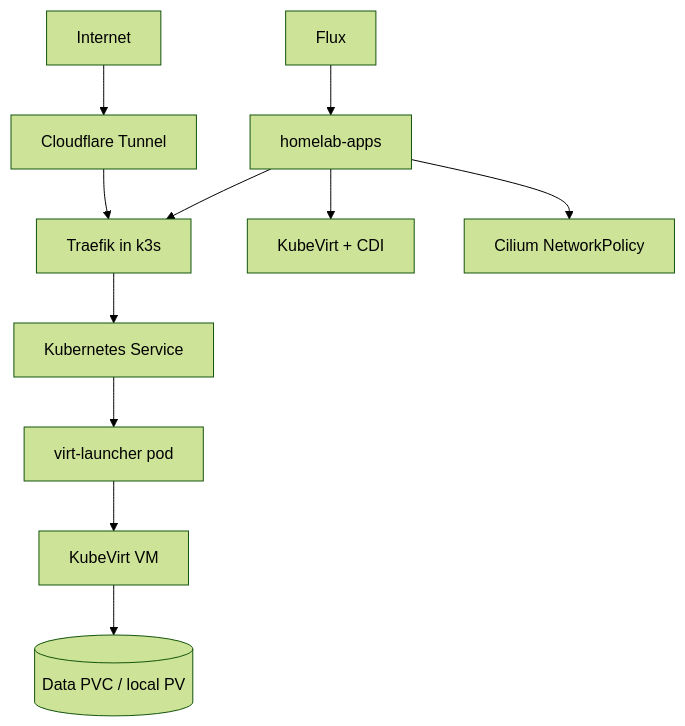
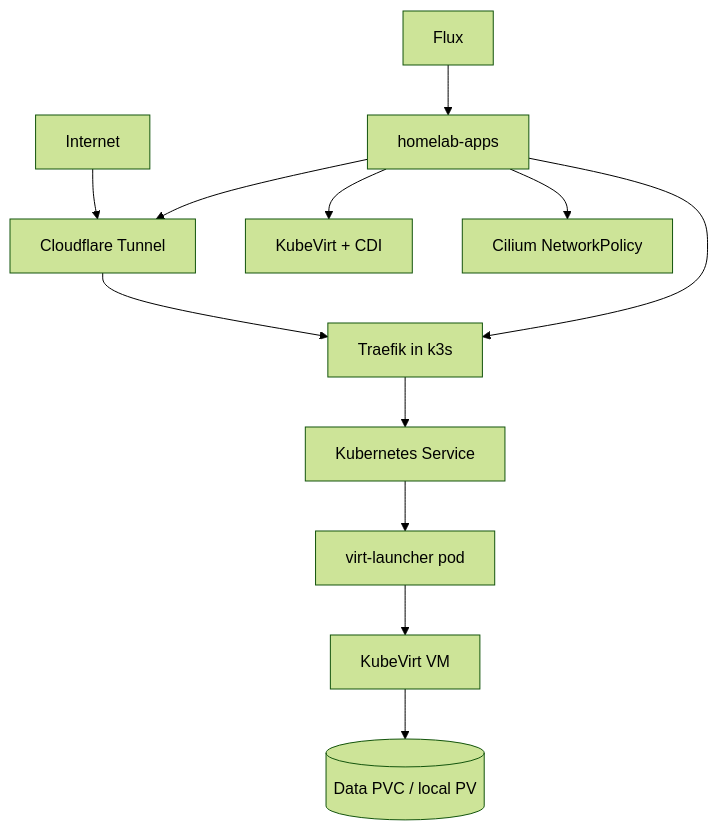
One commit to telometto/nix-config changed the diagram in docs/kubevirt-operations.md. Above: the diagram before and after it, drawn with Mermaid (forest theme). The commit also changed other lines of this file and 2 other files, not shown here.

````diff
--- a/docs/kubevirt-operations.md
+++ b/docs/kubevirt-operations.md
@@ -7,14 +7,15 @@
 ```mermaid
 flowchart TD
     internet[Internet] --> cf[Cloudflare Tunnel]
     cf --> traefik[Traefik in k3s]
     traefik --> svc[Kubernetes Service]
     svc --> launcher[virt-launcher pod]
     launcher --> vm[KubeVirt VM]
     vm --> data[(Data PVC / local PV)]
 
     flux[Flux] --> apps[homelab-apps]
+    apps --> cf
     apps --> traefik
     apps --> kv[KubeVirt + CDI]
     apps --> policy[Cilium NetworkPolicy]
 ```
````
